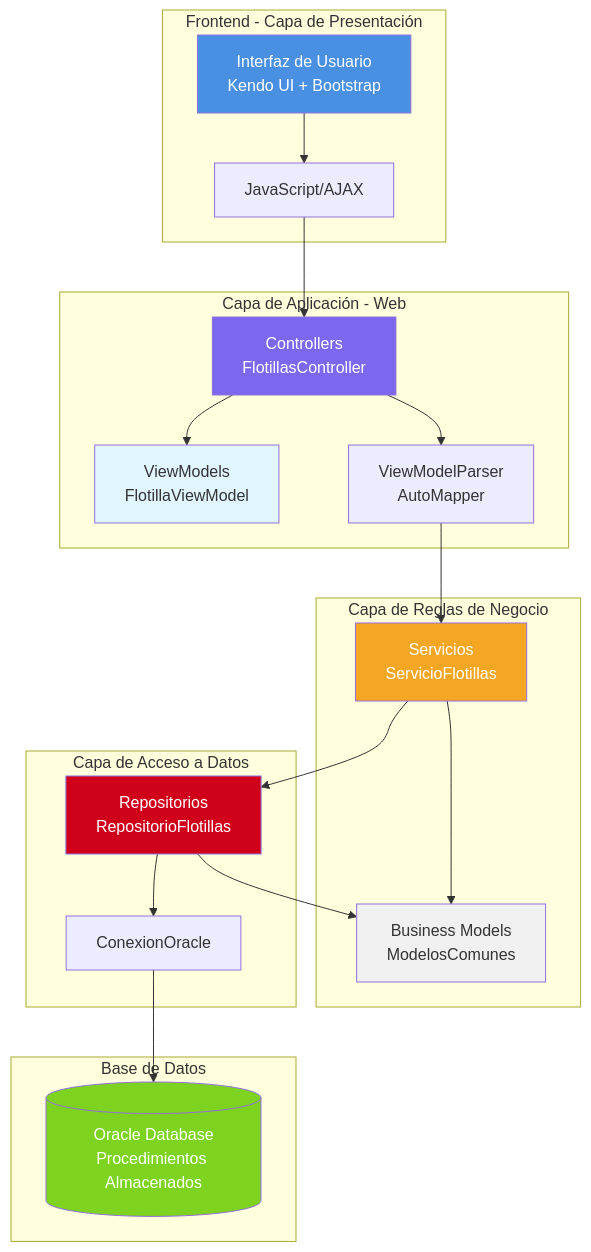
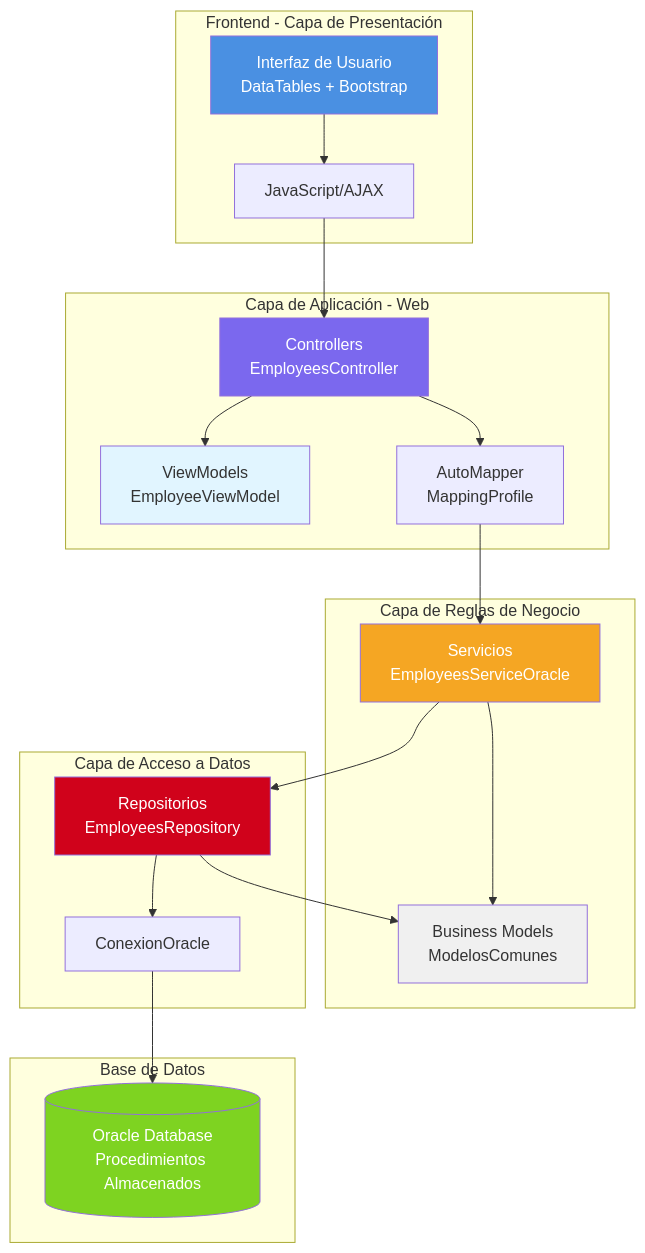
One commit to alejandro3469/AdministracionFlotillas changed the first of 8 diagrams in docs/ARQUITECTURA.md. Above: the diagram before and after it, drawn with Mermaid. The commit also changed other lines of this file and 2 other files, not shown here.

````diff
--- a/docs/ARQUITECTURA.md
+++ b/docs/ARQUITECTURA.md
@@ -5,46 +5,46 @@
 ```mermaid
 graph TB
     subgraph "Frontend - Capa de Presentación"
-        UI[Interfaz de Usuario<br/>Kendo UI + Bootstrap]
+        UI[Interfaz de Usuario<br/>DataTables + Bootstrap]
         JS[JavaScript/AJAX]
         UI --> JS
     end
     
     subgraph "Capa de Aplicación - Web"
-        CTRL[Controllers<br/>FlotillasController]
-        VM[ViewModels<br/>FlotillaViewModel]
-        PARSER[ViewModelParser<br/>AutoMapper]
+        CTRL[Controllers<br/>EmployeesController]
+        VM[ViewModels<br/>EmployeeViewModel]
+        PARSER[AutoMapper<br/>MappingProfile]
         CTRL --> VM
         CTRL --> PARSER
     end
     
     subgraph "Capa de Reglas de Negocio"
-        SERV[Servicios<br/>ServicioFlotillas]
+        SERV[Servicios<br/>EmployeesServiceOracle]
         BM[Business Models<br/>ModelosComunes]
         SERV --> BM
     end
     
     subgraph "Capa de Acceso a Datos"
-        REPO[Repositorios<br/>RepositorioFlotillas]
+        REPO[Repositorios<br/>EmployeesRepository]
         CONN[ConexionOracle]
         REPO --> CONN
         REPO --> BM
     end
     
     subgraph "Base de Datos"
         ORACLE[(Oracle Database<br/>Procedimientos Almacenados)]
     end
     
     JS --> CTRL
     PARSER --> SERV
     SERV --> REPO
     CONN --> ORACLE
     
     style UI fill:#4a90e2,color:#fff
     style CTRL fill:#7b68ee,color:#fff
     style SERV fill:#f5a623,color:#fff
     style REPO fill:#d0021b,color:#fff
     style ORACLE fill:#7ed321,color:#fff
     style BM fill:#f0f0f0
     style VM fill:#e1f5ff
 ```
````
